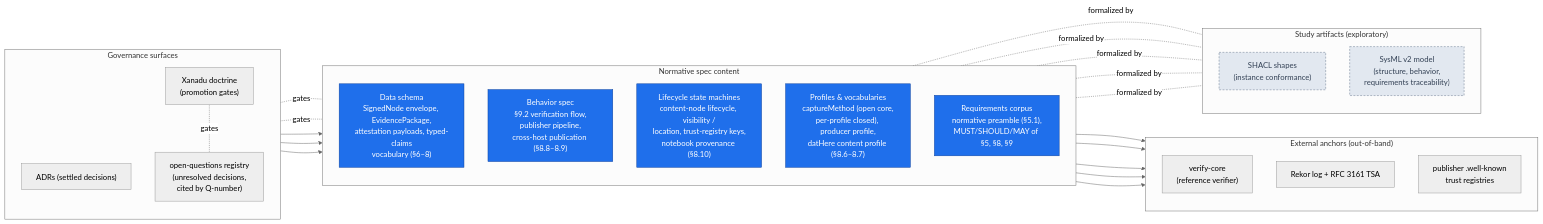
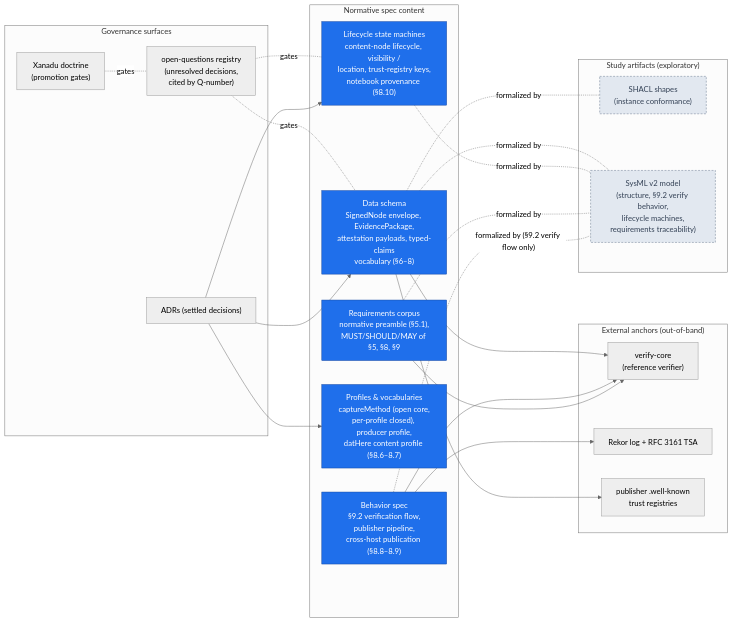
Before and after one commit to npstorey/civic-ai-tools: the fourth of 5 diagrams in research/05-typed-standards-spec-architecture-views.md, drawn with Mermaid (neutral theme). The commit also changed other lines of this file and 1 other file, not shown here.

````diff
--- a/research/05-typed-standards-spec-architecture-views.md
+++ b/research/05-typed-standards-spec-architecture-views.md
@@ -112,43 +114,40 @@
 ```mermaid
 flowchart LR
     subgraph Spec["Normative spec content"]
-        direction TB
         SCHEMA["Data schema<br/>SignedNode envelope, EvidencePackage,<br/>attestation payloads, typed-claims<br/>vocabulary (§6–8)"]:::spec
         BEHAV["Behavior spec<br/>§9.2 verification flow,<br/>publisher pipeline,<br/>cross-host publication (§8.8–8.9)"]:::spec
         LIFE["Lifecycle state machines<br/>content-node lifecycle, visibility /<br/>location, trust-registry keys,<br/>notebook provenance (§8.10)"]:::spec
         PROF["Profiles & vocabularies<br/>captureMethod (open core,<br/>per-profile closed), producer profile,<br/>datHere content profile (§8.6–8.7)"]:::spec
         REQ["Requirements corpus<br/>normative preamble (§5.1),<br/>MUST/SHOULD/MAY of §5, §8, §9"]:::spec
     end
 
     subgraph Gov["Governance surfaces"]
-        direction TB
         ADR["ADRs (settled decisions)"]
         OQ["open-questions registry<br/>(unresolved decisions,<br/>cited by Q-number)"]
         XAN["Xanadu doctrine<br/>(promotion gates)"]
     end
 
     subgraph Ext["External anchors (out-of-band)"]
-        direction TB
         VC["verify-core<br/>(reference verifier)"]
         REK["Rekor log + RFC 3161 TSA"]
         TREG["publisher .well-known<br/>trust registries"]
     end
 
     subgraph Study["Study artifacts (exploratory)"]
-        direction TB
         SHACL["SHACL shapes<br/>(instance conformance)"]:::study
-        SYSML["SysML v2 model<br/>(structure, behavior,<br/>requirements traceability)"]:::study
+        SYSML["SysML v2 model<br/>(structure, §9.2 verify behavior,<br/>lifecycle machines,<br/>requirements traceability)"]:::study
     end
 
     SCHEMA --> VC & TREG
     BEHAV --> VC & REK
     REQ --> VC
     OQ -.gates.- SCHEMA & LIFE
     ADR --> SCHEMA & LIFE & PROF
     XAN -.gates.- OQ
     SCHEMA -.formalized by.- SHACL & SYSML
-    BEHAV & LIFE & REQ -.formalized by.- SYSML
+    LIFE & REQ -.formalized by.- SYSML
+    BEHAV -."formalized by (§9.2 verify flow only)".- SYSML
 
     classDef spec fill:#1f6feb,stroke:#0d419d,color:#ffffff
     classDef study fill:#e2e8f0,stroke:#64748b,color:#334155,stroke-dasharray:4 3
 ```
````
